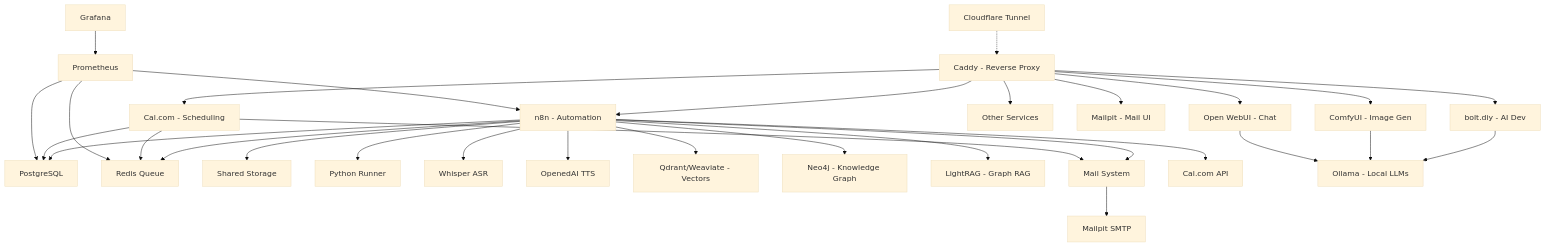
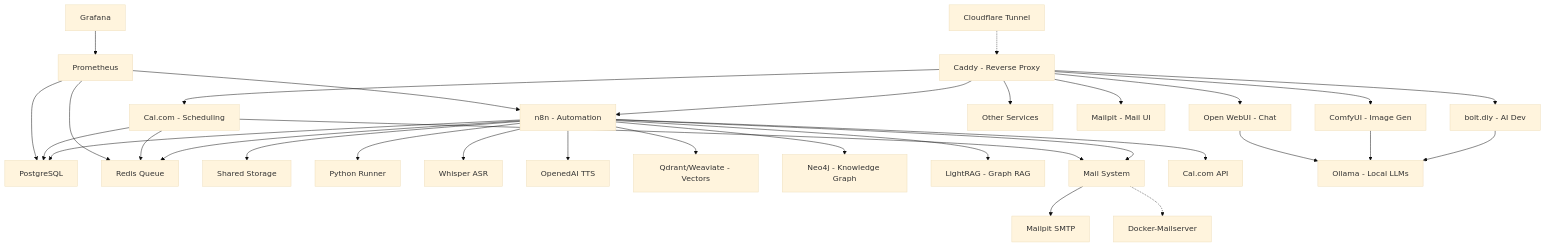
One commit to tjcork/ai-launchkit changed the diagram in README.md. Above: the diagram before and after it, drawn with Mermaid (base theme). The commit also changed other lines of this file and 6 other files, not shown here.

First line of the commit message:
feat: Add Docker-Mailserver as production mail option

````diff
--- a/README.md
+++ b/README.md
@@ -2682,39 +2848,40 @@
 ```mermaid
 graph TD
     A[Caddy - Reverse Proxy] --> B[n8n - Automation]
     A --> C[bolt.diy - AI Dev]
     A --> D[ComfyUI - Image Gen]
     A --> E[Open WebUI - Chat]
     A --> F[Other Services]
     A --> MP[Mailpit - Mail UI]
     A --> CAL[Cal.com - Scheduling]
     
     CF[Cloudflare Tunnel] -.-> A
     
     B --> G[PostgreSQL]
     B --> H[Redis Queue]
     B --> I[Shared Storage]
     B --> PR[Python Runner]
     B --> M[Whisper ASR]
     B --> N[OpenedAI TTS]
     B --> O[Qdrant/Weaviate - Vectors]
     B --> P[Neo4j - Knowledge Graph]
     B --> LR[LightRAG - Graph RAG]
     B --> SMTP[Mail System]
     B --> CAL2[Cal.com API]
     
     CAL --> G
     CAL --> H
     CAL --> SMTP
     
     SMTP --> MP2[Mailpit SMTP]
+    SMTP -.-> MS[Docker-Mailserver]
     
     C --> J[Ollama - Local LLMs]
     D --> J
     E --> J
     
     K[Grafana] --> L[Prometheus]
     L --> B
     L --> G
     L --> H
 ```
````
